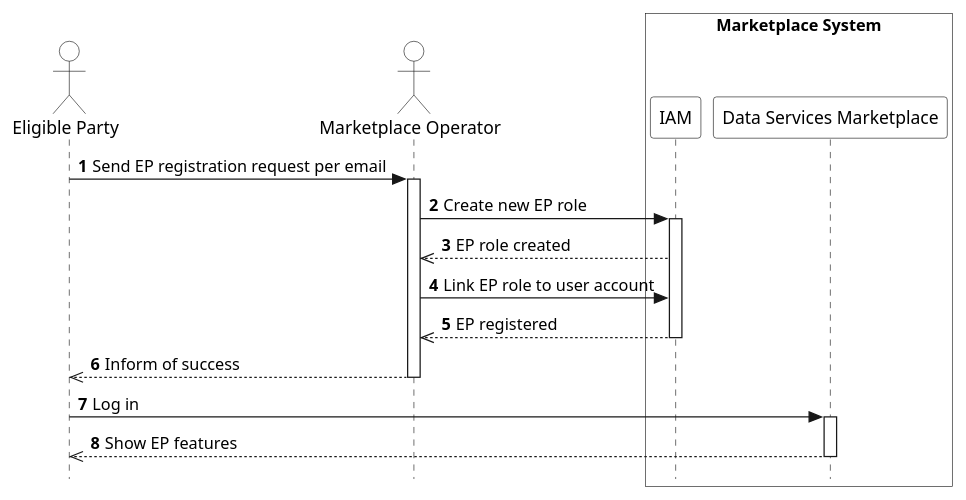
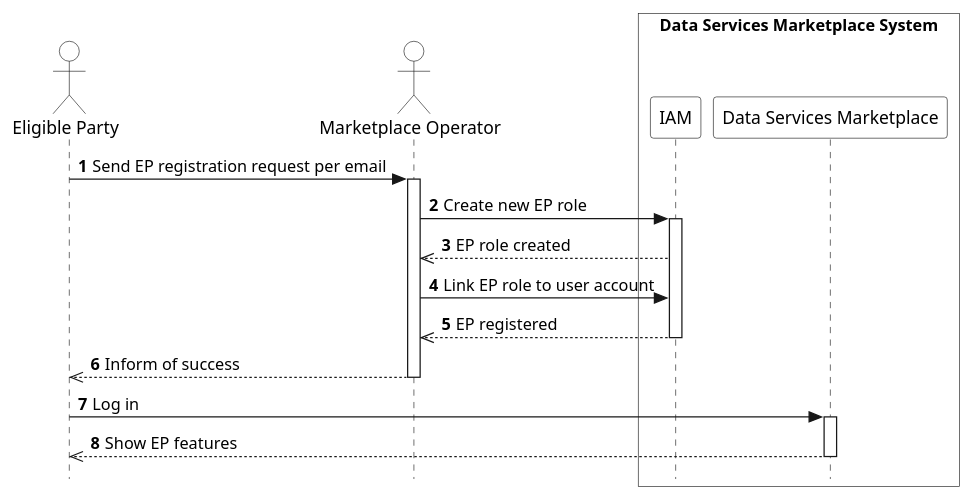
One commit to eddie-energy/architecture changed the diagram in arc42/marketplace/runtime-view/figures/marketplace-register-ep.puml. Above: the diagram before and after it, drawn with PlantUML. The commit also changed 5 other files, not shown here.

```diff
--- a/arc42/marketplace/runtime-view/figures/marketplace-register-ep.puml
+++ b/arc42/marketplace/runtime-view/figures/marketplace-register-ep.puml
@@ -1,36 +1,36 @@
 @startuml marketplace-register-ep
 
 skinparam style strictuml
 skinparam sequence {
   ParticipantBackgroundColor transparent
   ActorBackgroundColor transparent
 }
 
 autonumber
 !pragma teoz true
 
 actor "Eligible Party" as ep
 actor "Marketplace Operator" as operator
 
-box "Marketplace System" #transparent
+box "Data Services Marketplace System" #transparent
   participant "IAM" as iam
   participant "Data Services Marketplace" as marketplace
 end box
 
 ep -> operator : Send EP registration request per email
 activate operator
 operator -> iam : Create new EP role
 activate iam
 iam -->> operator : EP role created
 operator -> iam : Link EP role to user account
 iam -->> operator : EP registered
 deactivate iam
 operator -->> ep : Inform of success
 deactivate operator
 ep -> marketplace : Log in
 activate marketplace
 marketplace -->> ep: Show EP features
 deactivate marketplace
 
 
 @enduml
```
